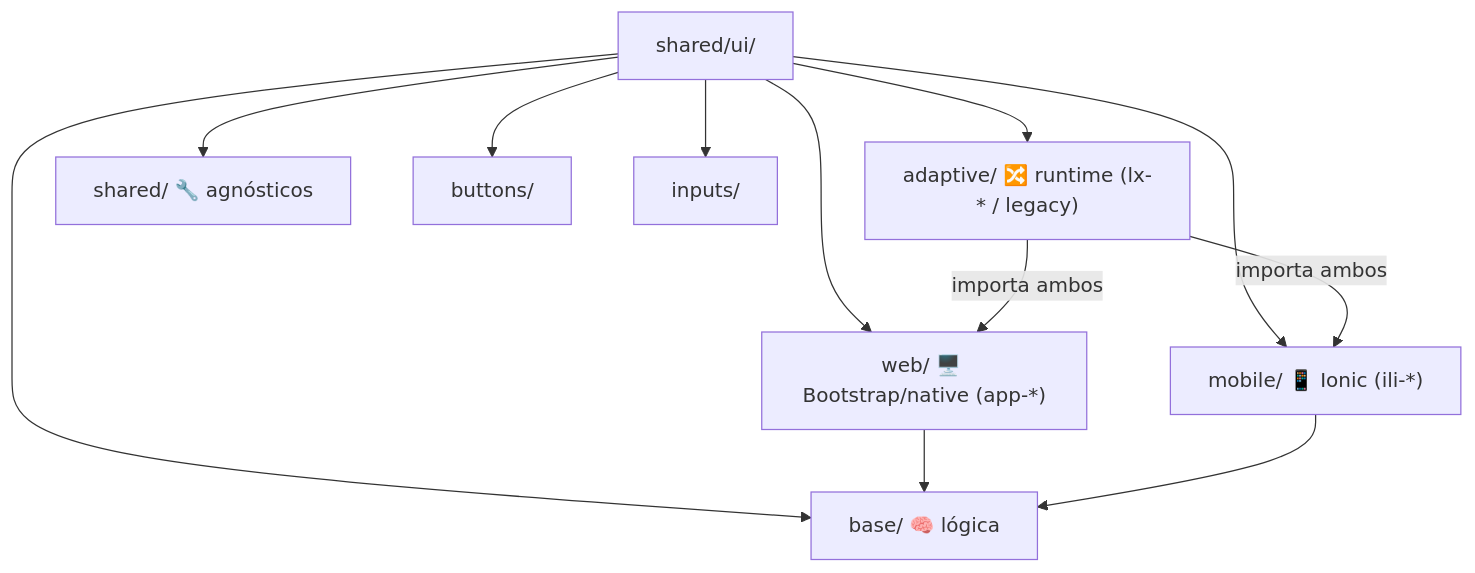
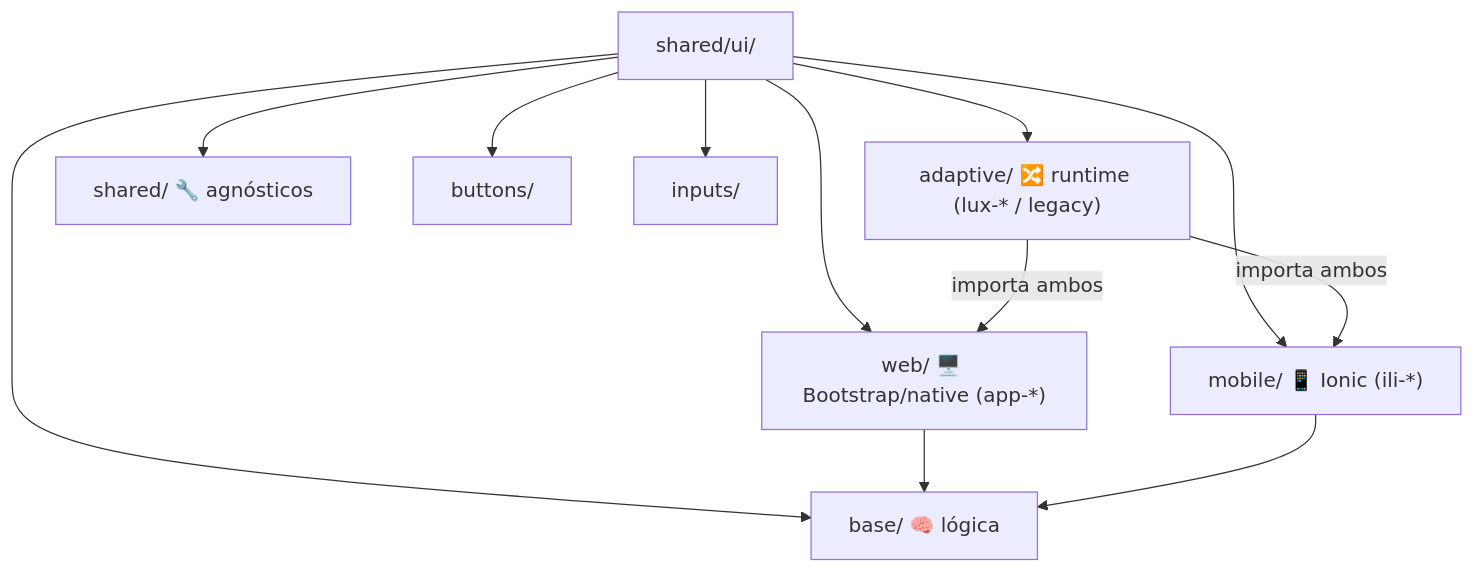
One commit to geshyrihu/luxuryapp-angular changed the first of 2 diagrams in src/app/shared/ui/arquitectura-shared-ui.md. Above: the diagram before and after it, drawn with Mermaid. The commit also changed other lines of this file and 609 other files, not shown here.

````diff
--- a/src/app/shared/ui/arquitectura-shared-ui.md
+++ b/src/app/shared/ui/arquitectura-shared-ui.md
@@ -49,15 +49,15 @@
 ```mermaid
 graph TD
     UI["shared/ui/"]
     UI --> BASE["base/ 🧠 lógica"]
     UI --> WEB["web/ 🖥️ Bootstrap/native (app-*)"]
     UI --> MOB["mobile/ 📱 Ionic (ili-*)"]
-    UI --> ADA["adaptive/ 🔀 runtime (lx-* / legacy)"]
+    UI --> ADA["adaptive/ 🔀 runtime (lux-* / legacy)"]
     UI --> SH["shared/ 🔧 agnósticos"]
     UI --> BTN["buttons/"]
     UI --> INP["inputs/"]
     ADA -->|importa ambos| WEB
     ADA -->|importa ambos| MOB
     WEB --> BASE
     MOB --> BASE
 ```
````
